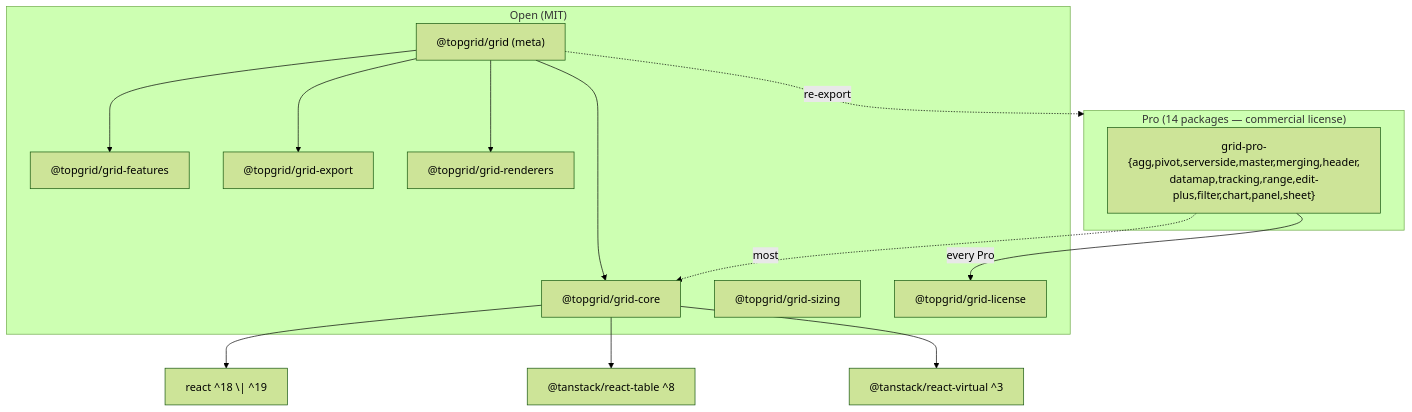
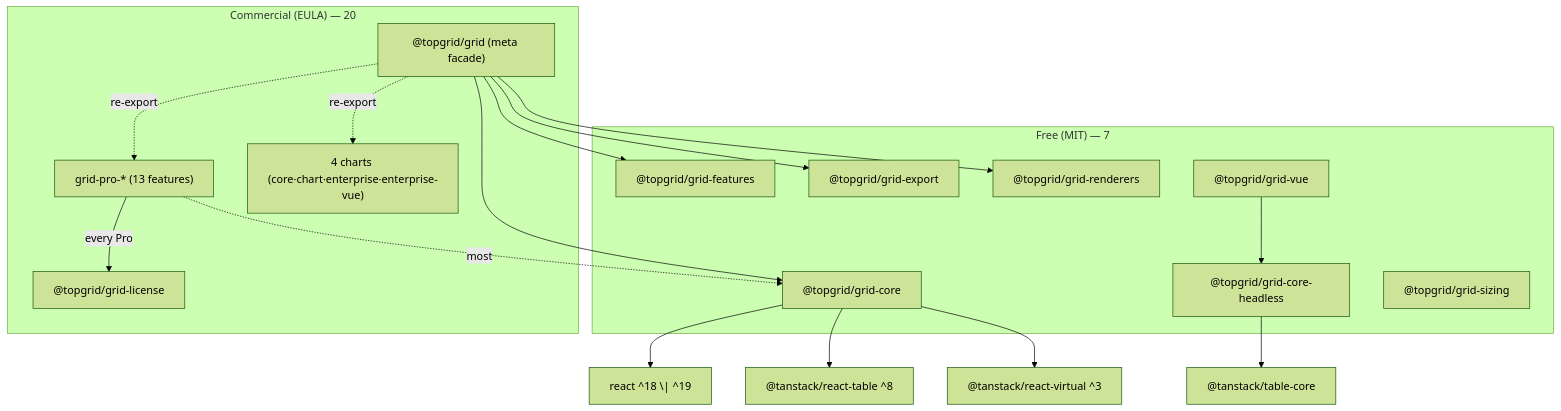
The diagram in apps/docs/i18n/en/docusaurus-plugin-content-docs/current/architecture.mdx (alladins/topgrid), drawn with Mermaid (forest theme) before and after one commit. The commit also changed other lines of this file and 16 other files, not shown here.

````diff
--- a/apps/docs/i18n/en/docusaurus-plugin-content-docs/current/architecture.mdx
+++ b/apps/docs/i18n/en/docusaurus-plugin-content-docs/current/architecture.mdx
@@ -41,27 +59,33 @@
 ```mermaid
 graph TD
-  subgraph Open["Open (MIT)"]
-    grid["@topgrid/grid (meta)"]
+  subgraph Open["Free (MIT) — 7"]
     grid-core["@topgrid/grid-core"]
+    grid-headless["@topgrid/grid-core-headless"]
     grid-features["@topgrid/grid-features"]
     grid-export["@topgrid/grid-export"]
     grid-renderers["@topgrid/grid-renderers"]
     grid-sizing["@topgrid/grid-sizing"]
-    grid-license["@topgrid/grid-license"]
+    grid-vue["@topgrid/grid-vue"]
   end
 
-  subgraph Pro["Pro (14 packages — commercial license)"]
-    proAll["grid-pro-{agg,pivot,serverside,master,merging,header,<br/>datamap,tracking,range,edit-plus,filter,chart,panel,sheet}"]
+  subgraph Commercial["Commercial (EULA) — 20"]
+    grid["@topgrid/grid (meta facade)"]
+    grid-license["@topgrid/grid-license"]
+    proAll["grid-pro-* (13 features)"]
+    charts["4 charts (core·chart·enterprise·enterprise-vue)"]
   end
 
   grid --> grid-core
   grid --> grid-features
   grid --> grid-renderers
   grid --> grid-export
-  grid -.->|re-export| Pro
+  grid -.->|re-export| proAll
+  grid -.->|re-export| charts
   grid-core --> react["react ^18 \| ^19"]
   grid-core --> tanstack["@tanstack/react-table ^8"]
   grid-core --> virtual["@tanstack/react-virtual ^3"]
+  grid-headless --> tablecore["@tanstack/table-core"]
+  grid-vue --> grid-headless
   proAll -->|every Pro| grid-license
   proAll -.->|most| grid-core
 ```
````
